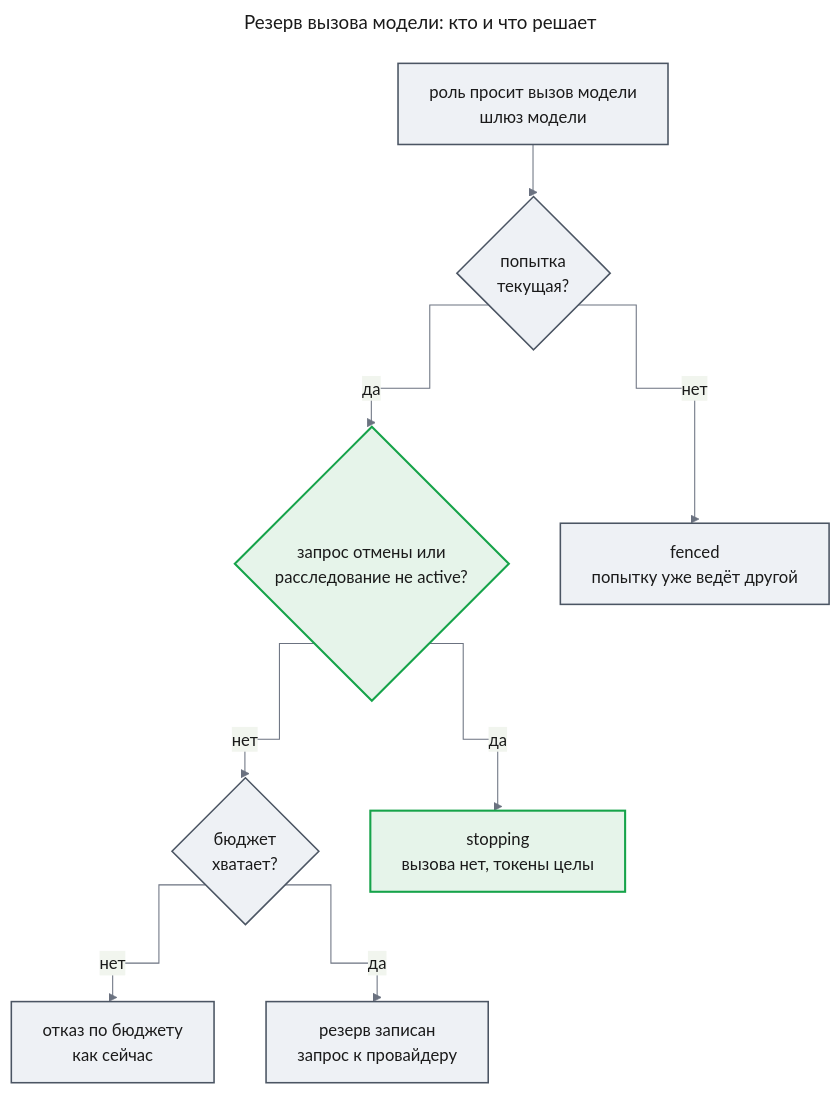
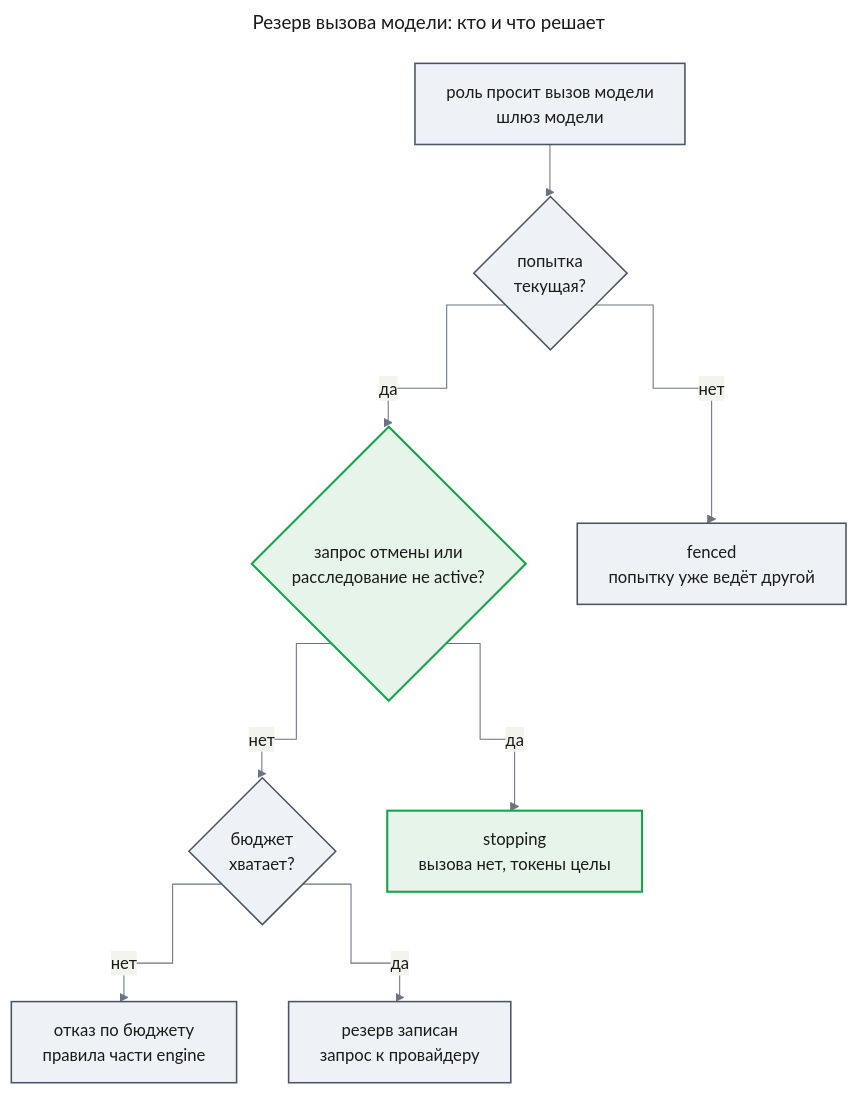
One commit to tundraray/agent-os changed the fifth of 16 diagrams in docs/features/agent-quality/design-lifecycle.md. Above: the diagram before and after it, drawn with Mermaid. The commit also changed other lines of this file and 1 other file, not shown here.

Commit message:
docs: extend self-check contracts for engine design, scope lifecycle budget note

````diff
--- a/docs/features/agent-quality/design-lifecycle.md
+++ b/docs/features/agent-quality/design-lifecycle.md
@@ -393,35 +393,35 @@
 ```mermaid
 ---
 title: "Резерв вызова модели: кто и что решает"
 config:
   theme: base
   look: classic
   themeVariables:
     primaryColor: "#eef1f5"
     primaryBorderColor: "#4b5563"
     primaryTextColor: "#1a1a1a"
     lineColor: "#6b7280"
   flowchart:
     curve: step
 ---
 flowchart TB
     in["роль просит вызов модели<br/>шлюз модели"]
     cur{"попытка<br/>текущая?"}
     stop{"запрос отмены или<br/>расследование не active?"}
     bud{"бюджет<br/>хватает?"}
     ok["резерв записан<br/>запрос к провайдеру"]
     fenced["fenced<br/>попытку уже ведёт другой"]
     st["stopping<br/>вызова нет, токены целы"]
-    ref["отказ по бюджету<br/>как сейчас"]
+    ref["отказ по бюджету<br/>правила части engine"]
     in --> cur
     cur -->|"нет"| fenced
     cur -->|"да"| stop
     stop -->|"да"| st
     stop -->|"нет"| bud
     bud -->|"нет"| ref
     bud -->|"да"| ok
     classDef new fill:#e6f4ea,stroke:#16a34a,stroke-width:2px,color:#1a1a1a
     classDef unchanged fill:#eef1f5,stroke:#4b5563,stroke-width:1.5px,color:#1a1a1a
     class stop,st new
     class in,cur,bud,ok,fenced,ref unchanged
 ```
````
